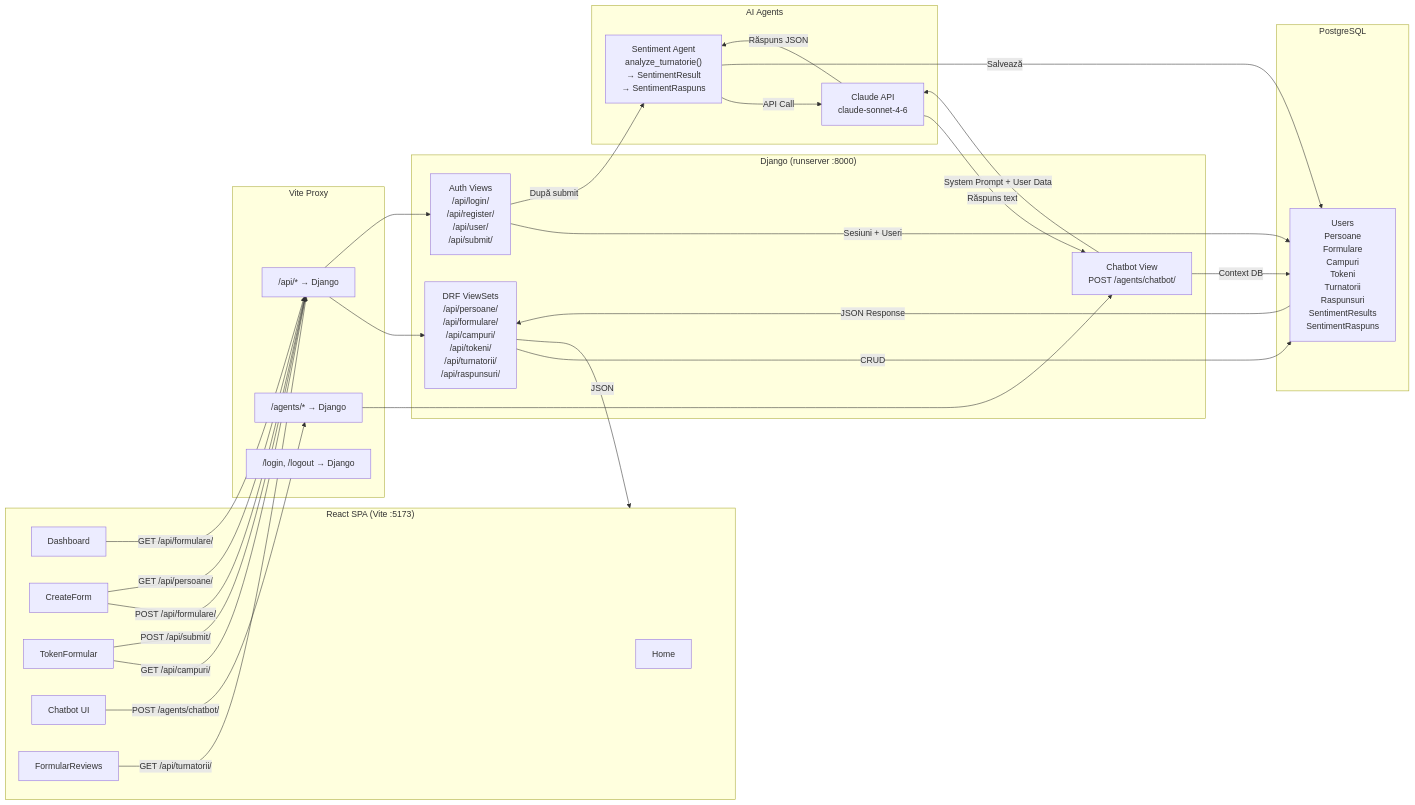
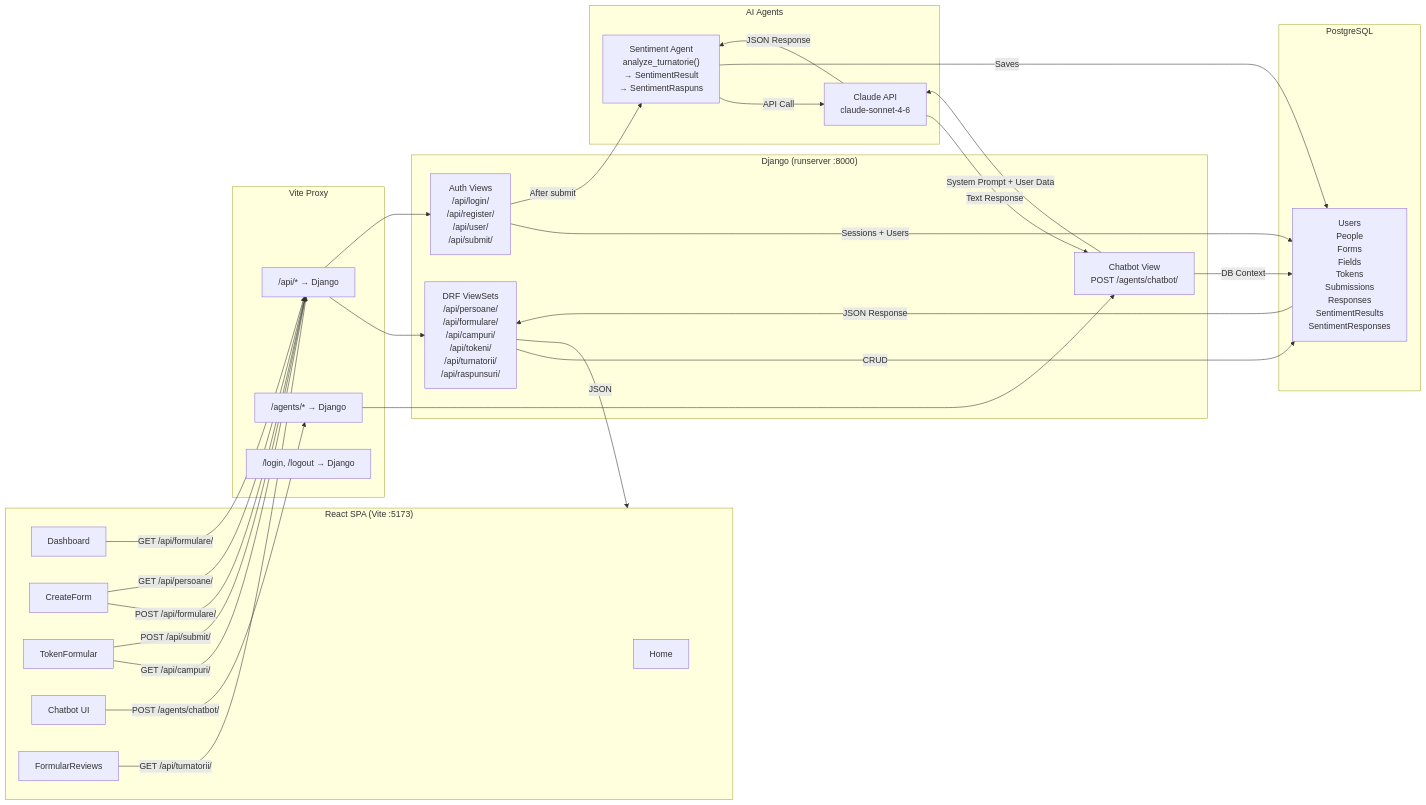
The diagram in qa/data_flow_diagram.md (Andrehix/turnatoru), drawn with Mermaid before and after one commit. The commit also changed other lines of this file and 2 other files, not shown here.

```diff
--- a/qa/data_flow_diagram.md
+++ b/qa/data_flow_diagram.md
@@ -9,7 +9,7 @@
         Dashboard["Dashboard"]
         CreateForm["CreateForm"]
         TokenForm["TokenFormular"]
-        Chatbot["Chatbot UI"]
+        ChatbotUI["Chatbot UI"]
         Reviews["FormularReviews"]
     end
 
@@ -20,18 +20,41 @@
     end
 
     subgraph Django["Django (runserver :8000)"]
-        DRF["DRF ViewSets\n/api/persoane/\n/api/formulare/\n/api/campuri/\n/api/tokeni/\n/api/turnatorii/\n/api/raspunsuri/"]
-        Auth["Auth Views\n/api/login/\n/api/register/\n/api/user/\n/api/submit/"]
-        CB["Chatbot View\nPOST /agents/chatbot/"]
+        DRF["DRF ViewSets
+/api/persoane/
+/api/formulare/
+/api/campuri/
+/api/tokeni/
+/api/turnatorii/
+/api/raspunsuri/"]
+        Auth["Auth Views
+/api/login/
+/api/register/
+/api/user/
+/api/submit/"]
+        CB["Chatbot View
+POST /agents/chatbot/"]
     end
 
     subgraph AI["AI Agents"]
-        Sentiment["Sentiment Agent\nanalyze_turnatorie()\n→ SentimentResult\n→ SentimentRaspuns"]
-        Claude["Claude API\nclaude-sonnet-4-6"]
+        Sentiment["Sentiment Agent
+analyze_turnatorie()
+→ SentimentResult
+→ SentimentRaspuns"]
+        Claude["Claude API
+claude-sonnet-4-6"]
     end
 
     subgraph DB["PostgreSQL"]
-        Tables["Users\nPersoane\nFormulare\nCampuri\nTokeni\nTurnatorii\nRaspunsuri\nSentimentResults\nSentimentRaspuns"]
+        Tables["Users
+People
+Forms
+Fields
+Tokens
+Submissions
+Responses
+SentimentResults
+SentimentResponses"]
     end
 
     %% Frontend → Proxy → Django
@@ -41,7 +64,7 @@
     TokenForm -->|GET /api/campuri/| P1
     TokenForm -->|POST /api/submit/| P1
     Reviews -->|GET /api/turnatorii/| P1
-    Chatbot -->|POST /agents/chatbot/| P2
+    ChatbotUI -->|POST /agents/chatbot/| P2
 
     P1 --> DRF
     P1 --> Auth
@@ -49,17 +72,17 @@
 
     %% Django → Database
     DRF -->|CRUD| Tables
-    Auth -->|Sesiuni + Useri| Tables
-    CB -->|Context DB| Tables
+    Auth -->|Sessions + Users| Tables
+    CB -->|DB Context| Tables
 
     %% Django → AI
-    Auth -->|După submit| Sentiment
+    Auth -->|After submit| Sentiment
     Sentiment -->|API Call| Claude
-    Claude -->|Răspuns JSON| Sentiment
-    Sentiment -->|Salvează| Tables
+    Claude -->|JSON Response| Sentiment
+    Sentiment -->|Saves| Tables
 
     CB -->|System Prompt + User Data| Claude
-    Claude -->|Răspuns text| CB
+    Claude -->|Text Response| CB
 
     %% Database → Frontend
     Tables -->|JSON Response| DRF
```
